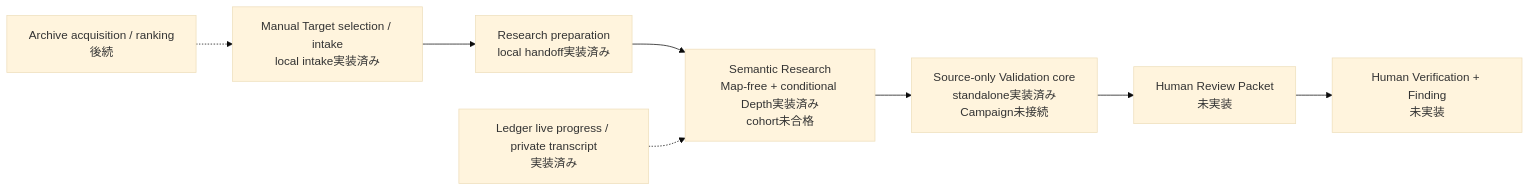
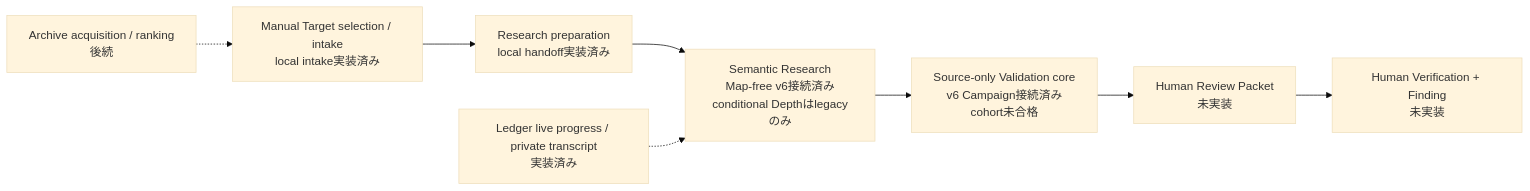
The first of 4 diagrams in docs/CODEBASE-GUIDE.md (momoponwork1415-lgtm/wordpress-harness), drawn with Mermaid (base theme) before and after one commit. The commit also changed other lines of this file, not shown here.

Commit message:
Align codebase guide with validation runtime

````diff
--- a/docs/CODEBASE-GUIDE.md
+++ b/docs/CODEBASE-GUIDE.md
@@ -25,14 +25,14 @@
 ```mermaid
 flowchart LR
     local["Manual Target selection / intake<br/>local intake実装済み"]
     prepare["Research preparation<br/>local handoff実装済み"]
-    research["Semantic Research<br/>Map-free + conditional Depth実装済み<br/>cohort未合格"]
-    validation["Source-only Validation core<br/>standalone実装済み<br/>Campaign未接続"]
+    research["Semantic Research<br/>Map-free v6接続済み<br/>conditional Depthはlegacyのみ"]
+    validation["Source-only Validation core<br/>v6 Campaign接続済み<br/>cohort未合格"]
     packet["Human Review Packet<br/>未実装"]
     confirm["Human Verification + Finding<br/>未実装"]
 
     local --> prepare --> research --> validation --> packet --> confirm
 
     auto["Archive acquisition / ranking<br/>後続"] -.-> local
     observe["Ledger live progress / private transcript<br/>実装済み"] -.-> research
 ```
````
